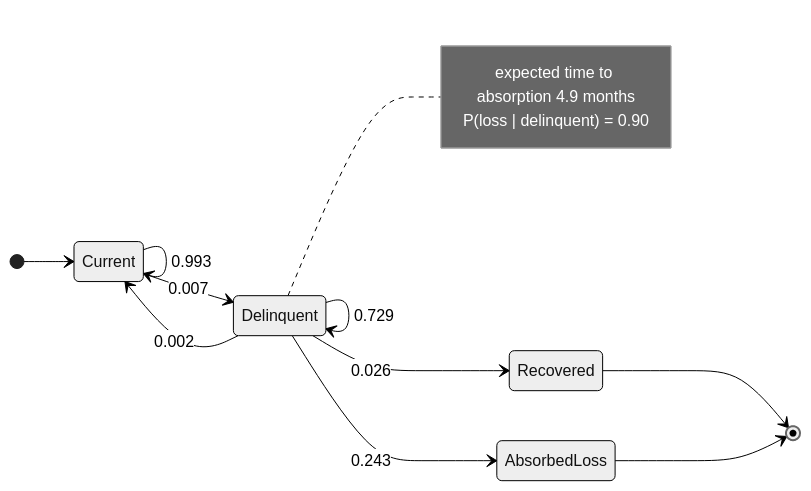
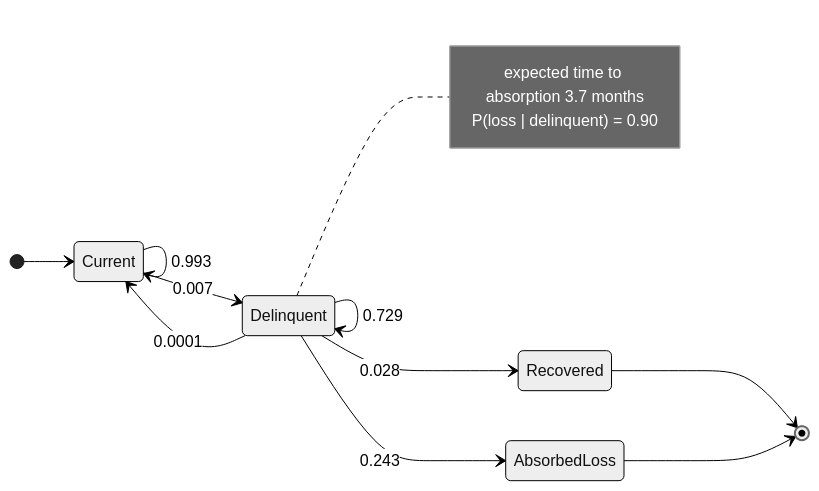
Before and after one commit to mistiusiu/bayesian-credit: the seventh of 11 diagrams in README.md, drawn with Mermaid (neutral theme). The commit also changed other lines of this file and 1 other file, not shown here.

````diff
--- a/README.md
+++ b/README.md
@@ -172,17 +172,17 @@
 ```mermaid
 stateDiagram-v2
     direction LR
     [*] --> Current
     Current --> Current : 0.993
     Current --> Delinquent : 0.007
-    Delinquent --> Current : 0.002
+    Delinquent --> Current : 0.0001
     Delinquent --> Delinquent : 0.729
-    Delinquent --> Recovered : 0.026
+    Delinquent --> Recovered : 0.028
     Delinquent --> AbsorbedLoss : 0.243
     Recovered --> [*]
     AbsorbedLoss --> [*]
     note right of Delinquent
-        expected time to absorption 4.9 months
+        expected time to absorption 3.7 months
         P(loss | delinquent) = 0.90
     end note
 ```
````
